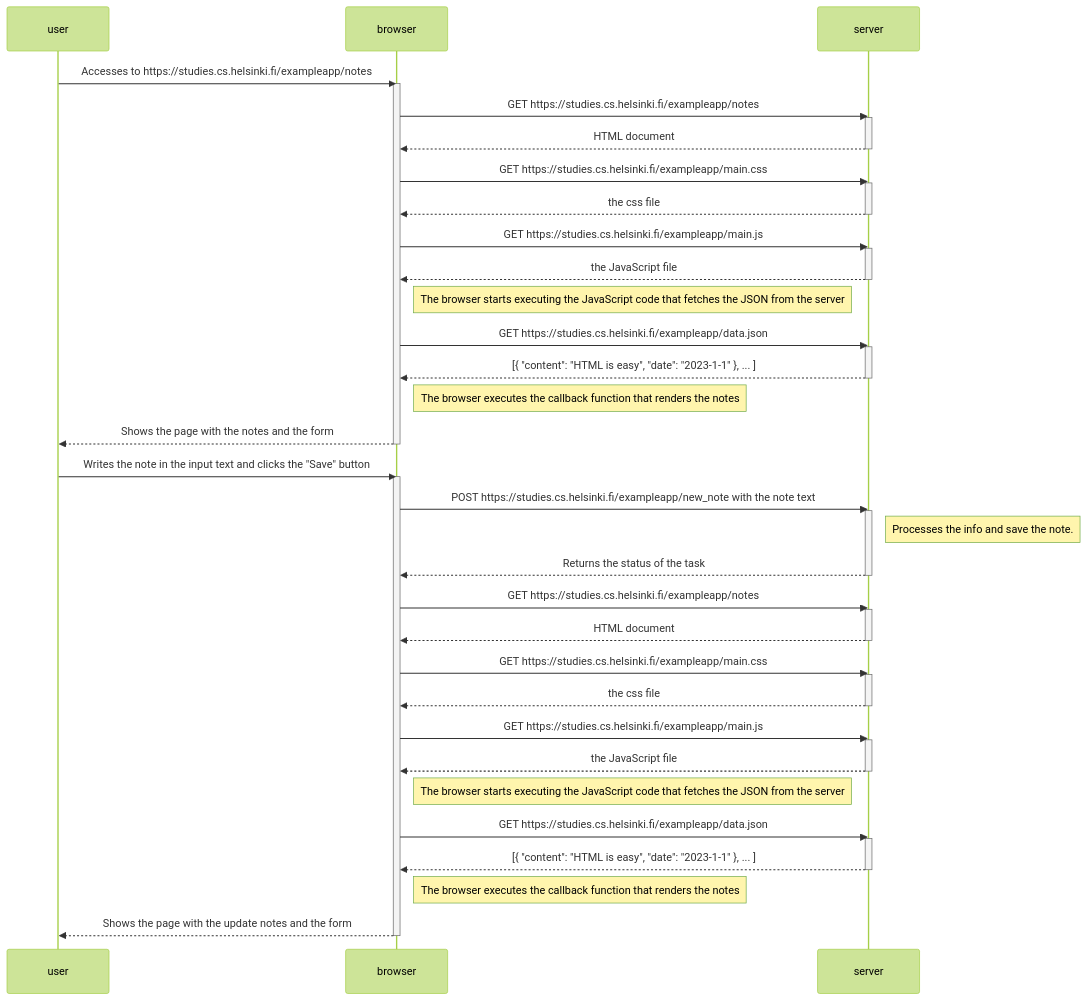
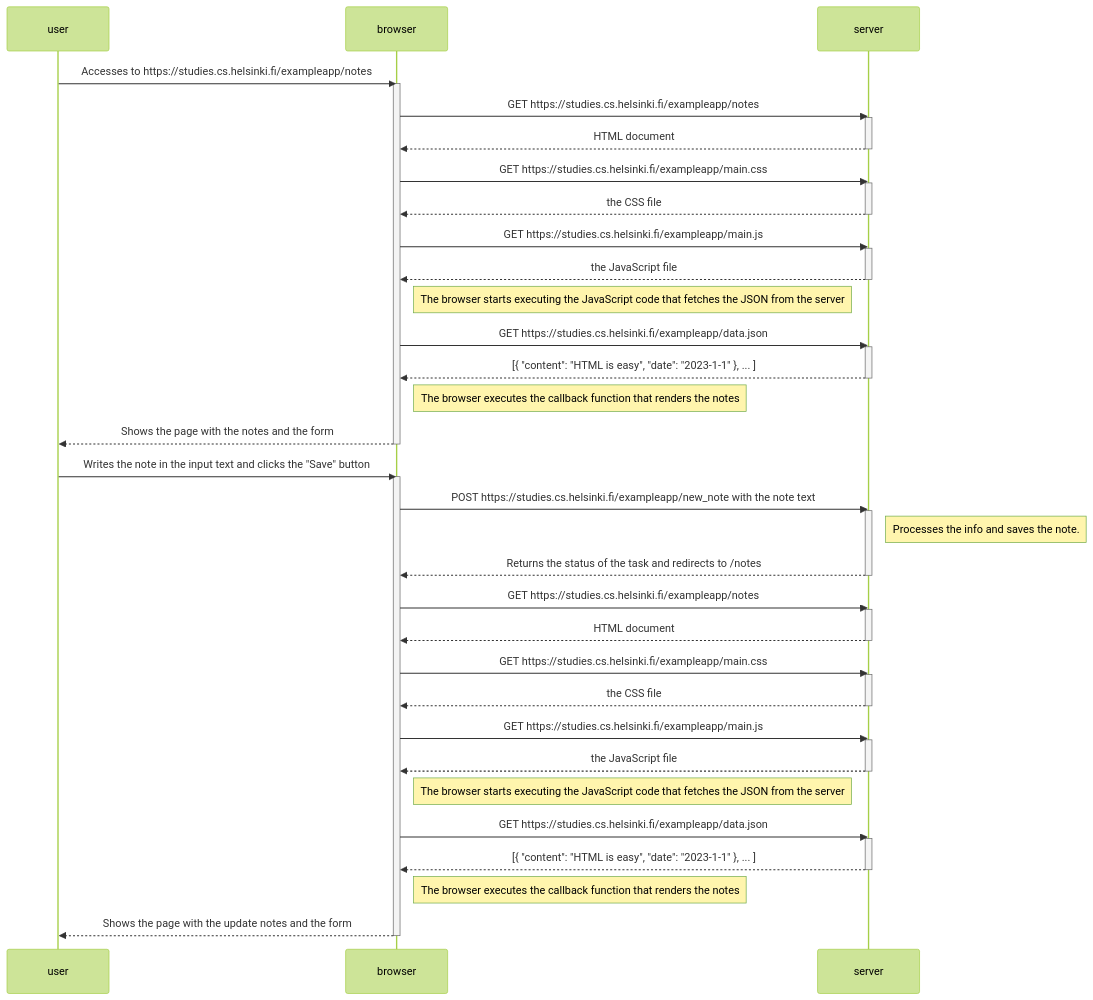
One commit to AnthonnyPiguave/FullStackOpenAP changed the diagram in part0/note_diagram.md. Above: the diagram before and after it, drawn with Mermaid (forest theme).

````diff
--- a/part0/note_diagram.md
+++ b/part0/note_diagram.md
@@ -1,70 +1,70 @@
 ```mermaid
 sequenceDiagram
     participant user
     participant browser
     participant server
 
     user->>browser: Accesses to  https://studies.cs.helsinki.fi/exampleapp/notes
     activate browser
 
     browser->>server: GET https://studies.cs.helsinki.fi/exampleapp/notes
     activate server
     server-->>browser: HTML document
     deactivate server
 
     browser->>server: GET https://studies.cs.helsinki.fi/exampleapp/main.css
     activate server
-    server-->>browser: the css file
+    server-->>browser: the CSS file
     deactivate server
 
     browser->>server: GET https://studies.cs.helsinki.fi/exampleapp/main.js
     activate server
     server-->>browser: the JavaScript file
     deactivate server
 
     Note right of browser: The browser starts executing the JavaScript code that fetches the JSON from the server
 
     browser->>server: GET https://studies.cs.helsinki.fi/exampleapp/data.json
     activate server
     server-->>browser: [{ "content": "HTML is easy", "date": "2023-1-1" }, ... ]
     deactivate server
 
     Note right of browser: The browser executes the callback function that renders the notes
     browser-->>user: Shows the page with the notes and the form
     deactivate browser
 
     user->>browser: Writes the note in the input text and clicks the "Save" button
 
     activate browser
     browser->>server: POST https://studies.cs.helsinki.fi/exampleapp/new_note with the note text
     activate server
-    Note right of server: Processes the info and save the note.   
-    server-->>browser: Returns the status of the task
+    Note right of server: Processes the info and saves the note.   
+    server-->>browser: Returns the status of the task and redirects to /notes
     deactivate server
 
     browser->>server: GET https://studies.cs.helsinki.fi/exampleapp/notes
     activate server
     server-->>browser: HTML document
     deactivate server
     
     browser->>server: GET https://studies.cs.helsinki.fi/exampleapp/main.css
     activate server
-    server-->>browser: the css file
+    server-->>browser: the CSS file
     deactivate server
 
     browser->>server: GET https://studies.cs.helsinki.fi/exampleapp/main.js
     activate server
     server-->>browser: the JavaScript file
     deactivate server
 
     Note right of browser: The browser starts executing the JavaScript code that fetches the JSON from the server
 
     browser->>server: GET https://studies.cs.helsinki.fi/exampleapp/data.json
     activate server
     server-->>browser: [{ "content": "HTML is easy", "date": "2023-1-1" }, ... ]
     deactivate server
 
     Note right of browser: The browser executes the callback function that renders the notes
     browser-->>user: Shows the page with the update notes and the form
     deactivate browser
 ```
````
